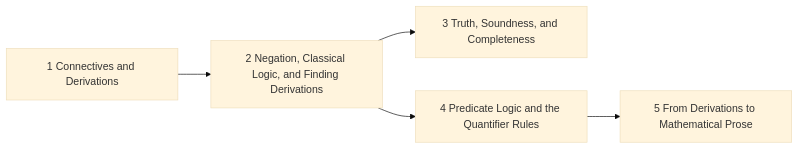
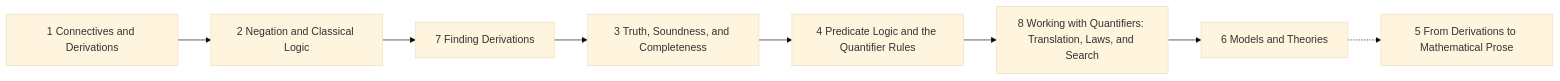
The diagram in generated/chapters/F1.mmd (AkizumiFox/math-atlas), drawn with Mermaid (base theme) before and after one commit. The commit also changed 14 other files, not shown here.

Commit message:
Atlas: fd1 restructured into 8 chapters (F1.7 Finding Derivations, F1.8 Working with Quantifiers; retitles and F1 plan edges per fd1 layout-final)

```diff
--- a/generated/chapters/F1.mmd
+++ b/generated/chapters/F1.mmd
@@ -1,13 +1,19 @@
 flowchart LR
   F1_1["1 Connectives and Derivations"]
-  F1_2["2 Negation, Classical Logic, and Finding Derivations"]
+  F1_2["2 Negation and Classical Logic"]
+  F1_7["7 Finding Derivations"]
   F1_3["3 Truth, Soundness, and Completeness"]
   F1_4["4 Predicate Logic and the Quantifier Rules"]
+  F1_8["8 Working with Quantifiers: Translation, Laws, and Search"]
+  F1_6["6 Models and Theories"]
   F1_5["5 From Derivations to Mathematical Prose"]
   F1_1 --> F1_2
-  F1_2 --> F1_3
-  F1_2 --> F1_4
-  F1_4 --> F1_5
+  F1_2 --> F1_7
+  F1_7 --> F1_3
+  F1_3 --> F1_4
+  F1_4 --> F1_8
+  F1_8 --> F1_6
+  F1_6 -.-> F1_5
   classDef ext fill:#e6e6e6,stroke:#999,color:#555
   classDef opt fill:#fff,stroke:#999,stroke-dasharray:4 3,color:#555
   classDef segb fill:#f6f6fb,stroke:#99a,color:#333
```
